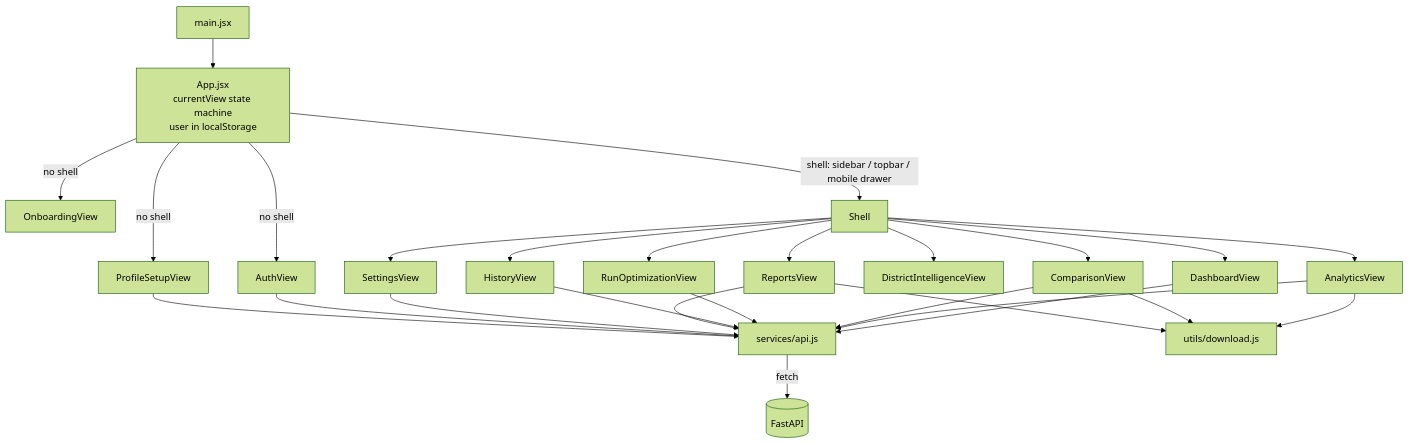
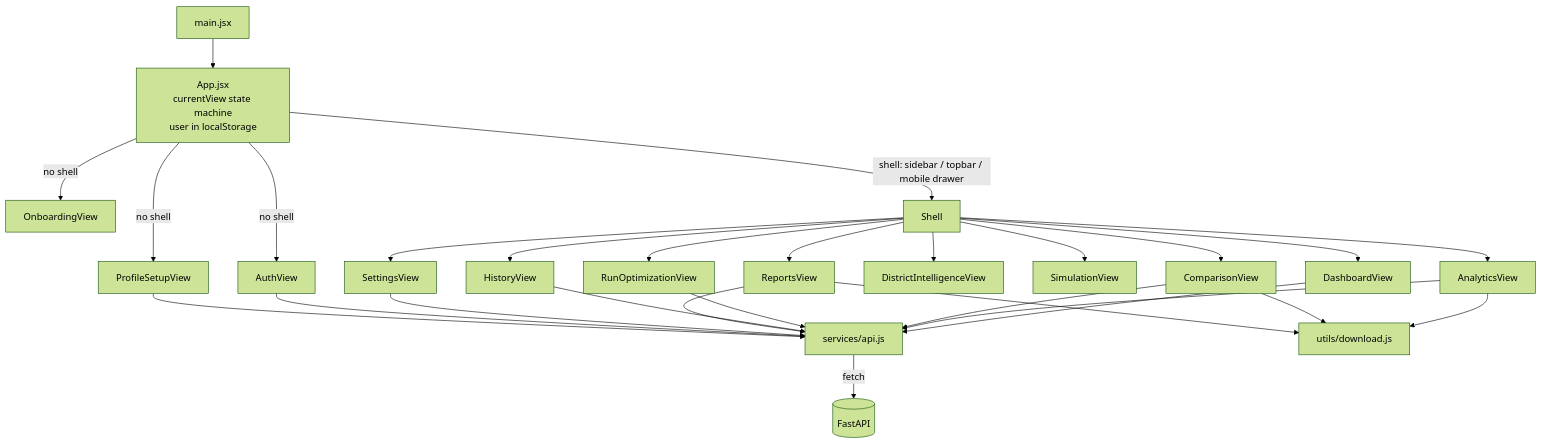
One commit to VamsiVarada-3632/AgroOptimize changed the fourth of 4 diagrams in docs/handbook/ARCHITECTURE.md. Above: the diagram before and after it, drawn with Mermaid (forest theme). The commit also changed other lines of this file and 14 other files, not shown here.

````diff
--- a/docs/handbook/ARCHITECTURE.md
+++ b/docs/handbook/ARCHITECTURE.md
@@ -111,20 +114,21 @@
 ```mermaid
 flowchart TB
     main[main.jsx] --> App
     App[App.jsx<br/>currentView state machine<br/>user in localStorage]
     App -->|no shell| Onb[OnboardingView]
     App -->|no shell| Auth[AuthView]
     App -->|no shell| Prof[ProfileSetupView]
     App -->|shell: sidebar / topbar / mobile drawer| Shell
     Shell --> Dash[DashboardView]
     Shell --> Ana[AnalyticsView]
     Shell --> Cmp[ComparisonView]
     Shell --> Run[RunOptimizationView]
     Shell --> Dic[DistrictIntelligenceView]
+    Shell --> Sim[SimulationView]
     Shell --> Hist[HistoryView]
     Shell --> Rep[ReportsView]
     Shell --> Set[SettingsView]
     Dash & Ana & Cmp & Run & Hist & Rep & Set & Auth & Prof --> api[services/api.js]
     Ana & Cmp & Rep --> dl[utils/download.js]
     api -->|fetch| BE[(FastAPI)]
 ```
````
